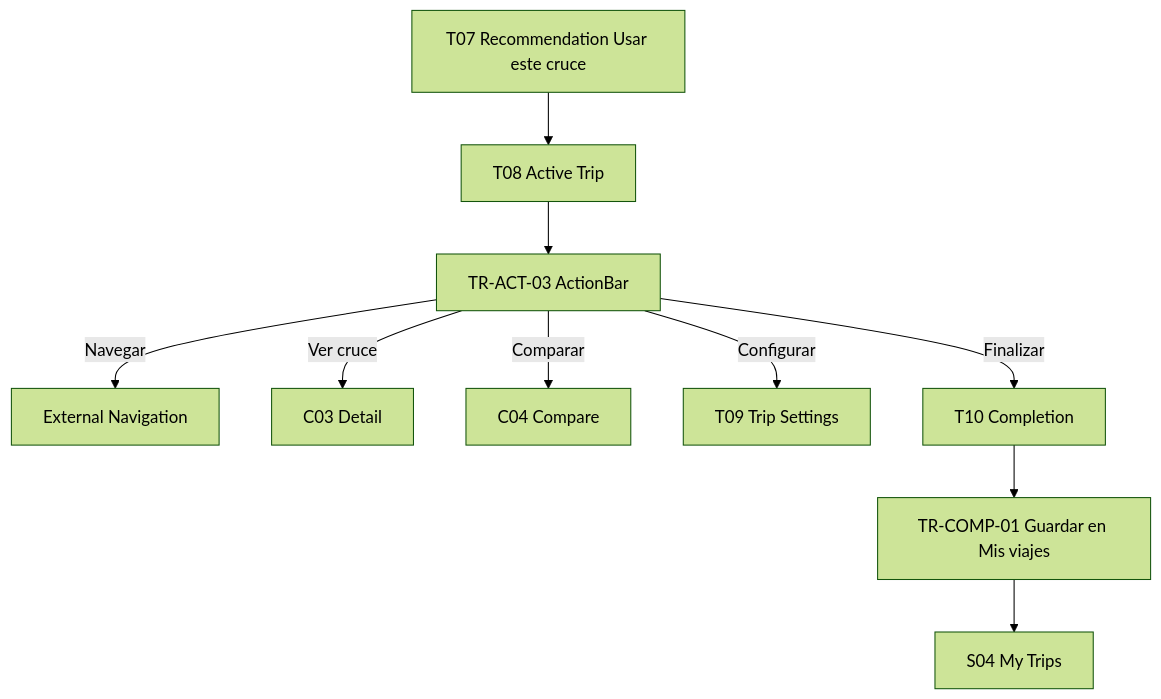
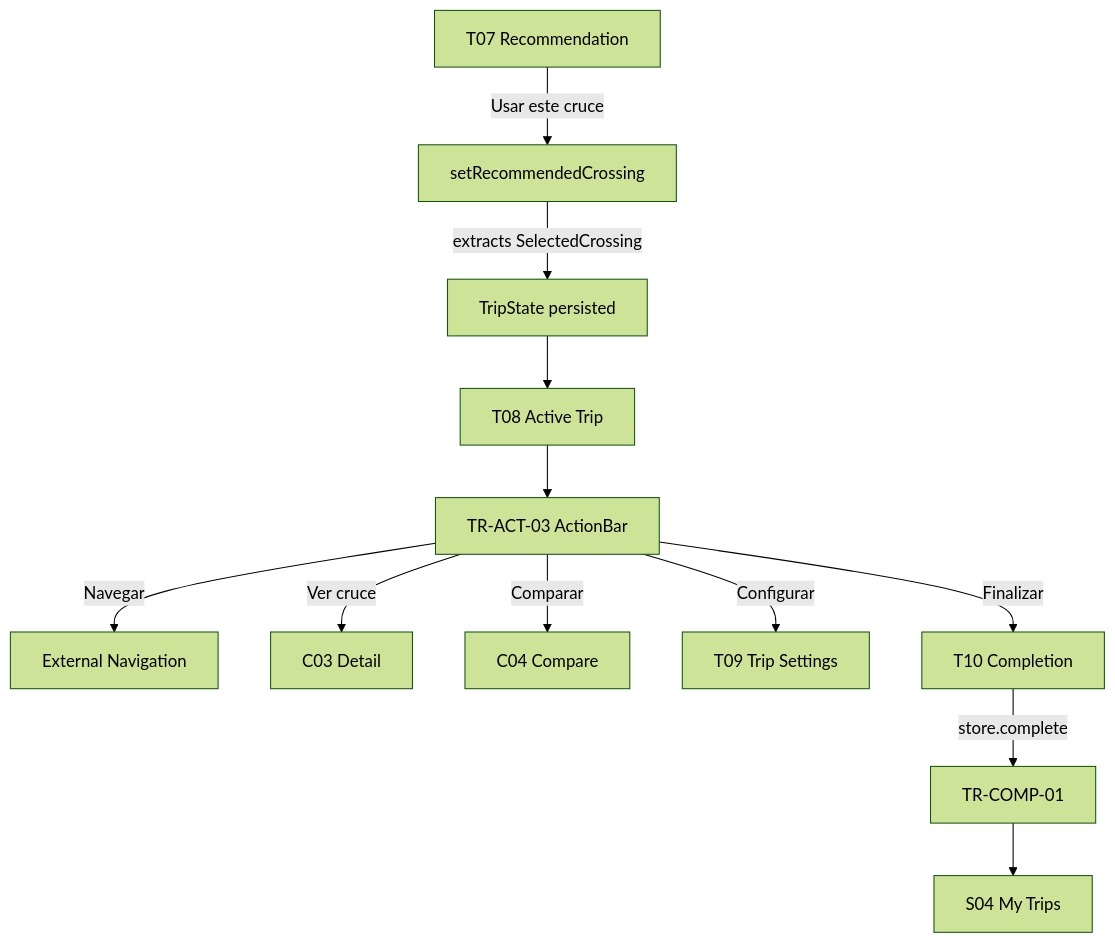
The diagram in design/workflows/W6-active-trip.md (jtanori/cruze-app), drawn with Mermaid (forest theme) before and after one commit. The commit also changed other lines of this file, not shown here.

````diff
--- a/design/workflows/W6-active-trip.md
+++ b/design/workflows/W6-active-trip.md
@@ -14,12 +15,14 @@
 ```mermaid
 flowchart TD
-    A[T07 Recommendation Usar este cruce] --> B[T08 Active Trip]
-    B --> C[TR-ACT-03 ActionBar]
-    C -->|Navegar| D[External Navigation]
-    C -->|Ver cruce| E[C03 Detail]
-    C -->|Comparar| F[C04 Compare]
-    C -->|Configurar| G[T09 Trip Settings]
-    C -->|Finalizar| H[T10 Completion]
-    H --> I[TR-COMP-01 Guardar en Mis viajes]
-    I --> J[S04 My Trips]
+    A[T07 Recommendation] -->|Usar este cruce| B[setRecommendedCrossing]
+    B -->|extracts SelectedCrossing| C[TripState persisted]
+    C --> D[T08 Active Trip]
+    D --> E[TR-ACT-03 ActionBar]
+    E -->|Navegar| F[External Navigation]
+    E -->|Ver cruce| G[C03 Detail]
+    E -->|Comparar| H[C04 Compare]
+    E -->|Configurar| I[T09 Trip Settings]
+    E -->|Finalizar| J[T10 Completion]
+    J -->|store.complete| K[TR-COMP-01]
+    K --> L[S04 My Trips]
 ```
````
